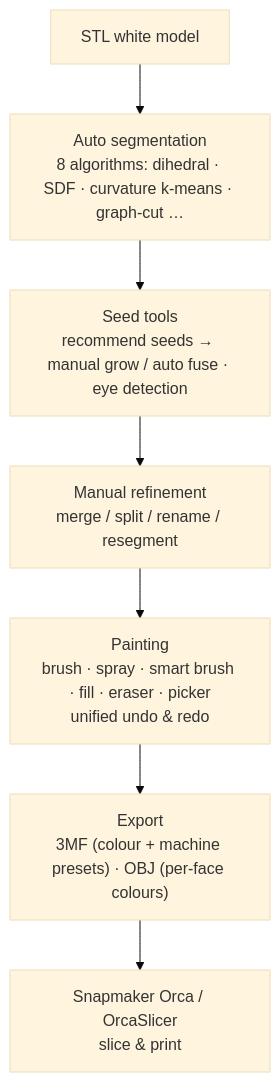
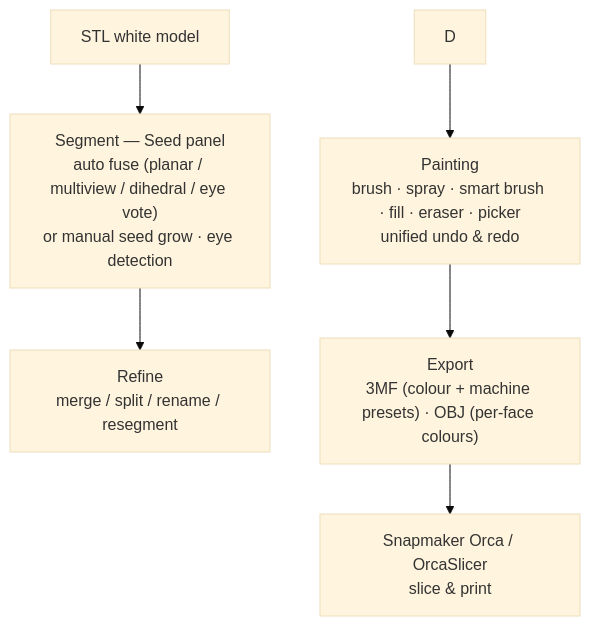
Before and after one commit to ZackaryShen/ColorYourModel: the first of 2 diagrams in README.md, drawn with Mermaid (base theme). The commit also changed other lines of this file and 13 other files, not shown here.

````diff
--- a/README.md
+++ b/README.md
@@ -15,9 +15,8 @@
 ```mermaid
 flowchart TD
-    A["STL white model"] --> B["Auto segmentation<br/>8 algorithms: dihedral · SDF · curvature k-means · graph-cut …"]
-    B --> C["Seed tools<br/>recommend seeds → manual grow / auto fuse · eye detection"]
-    C --> D["Manual refinement<br/>merge / split / rename / resegment"]
+    A["STL white model"] --> B["Segment — Seed panel<br/>auto fuse (planar / multiview / dihedral / eye vote)<br/>or manual seed grow · eye detection"]
+    B --> C["Refine<br/>merge / split / rename / resegment"]
     D --> E["Painting<br/>brush · spray · smart brush · fill · eraser · picker<br/>unified undo & redo"]
     E --> F["Export<br/>3MF (colour + machine presets) · OBJ (per-face colours)"]
     F --> G["Snapmaker Orca / OrcaSlicer<br/>slice & print"]
 ```
````
